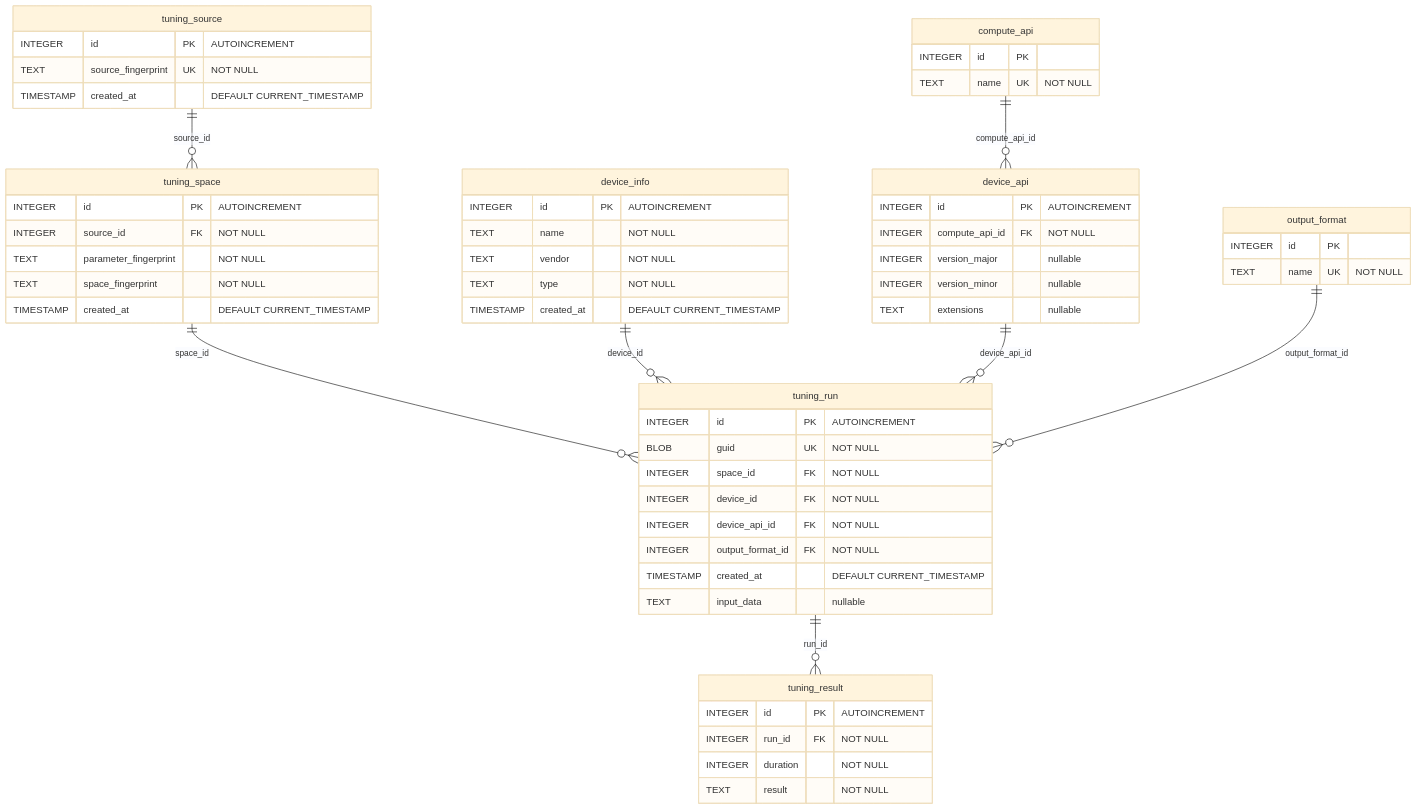
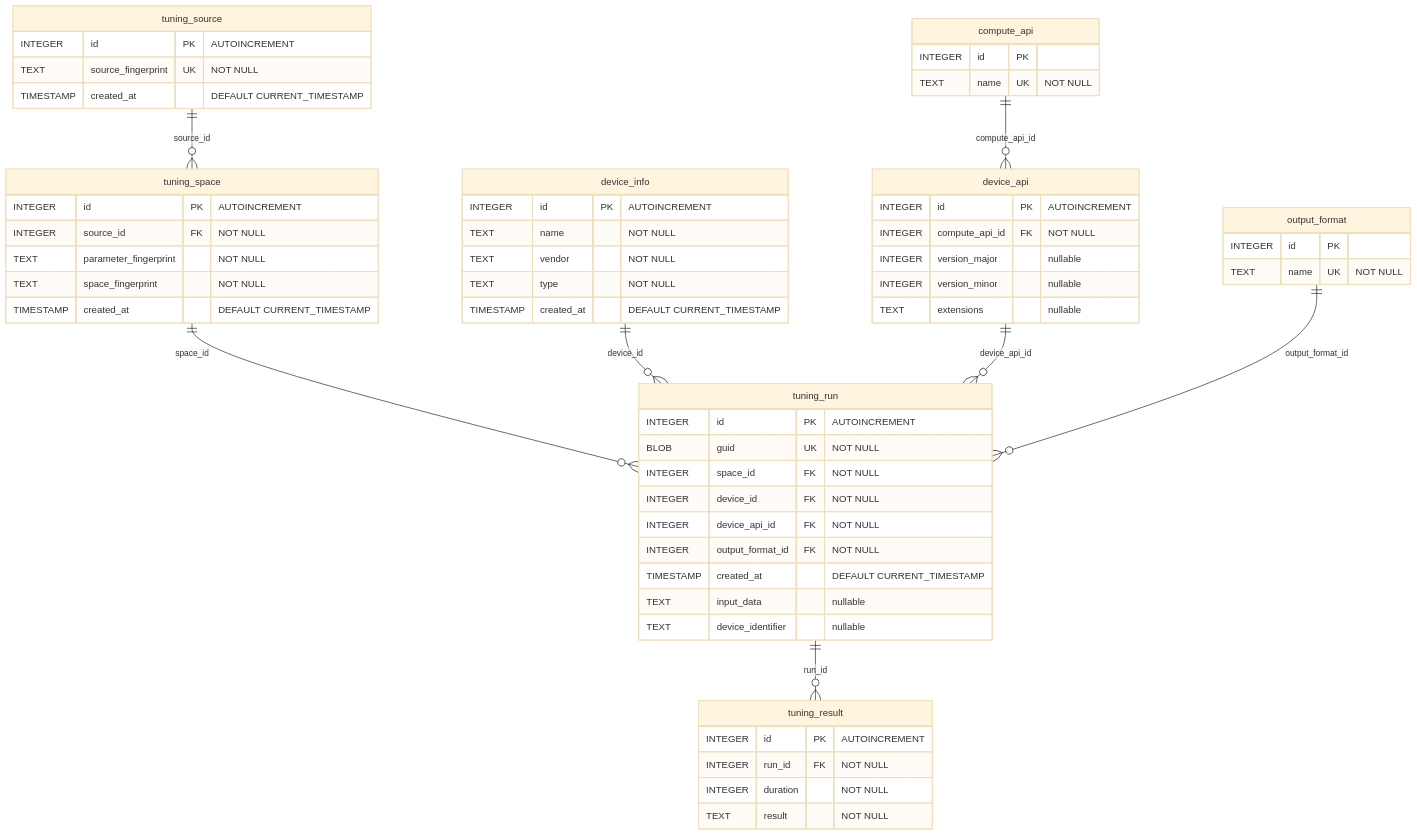
The diagram in Database/ERD.md (xbugar/ktt), drawn with Mermaid (base theme) before and after one commit. The commit also changed other lines of this file and 14 other files, not shown here.

Commit message:
feat(db): add unique device identifier

````diff
--- a/Database/ERD.md
+++ b/Database/ERD.md
@@ -6,68 +6,69 @@
 ```mermaid
 erDiagram
     compute_api {
         INTEGER id PK
         TEXT name UK "NOT NULL"
     }
 
     output_format {
         INTEGER id PK
         TEXT name UK "NOT NULL"
     }
 
     device_info {
         INTEGER id PK "AUTOINCREMENT"
         TEXT name "NOT NULL"
         TEXT vendor "NOT NULL"
         TEXT type "NOT NULL"
         TIMESTAMP created_at "DEFAULT CURRENT_TIMESTAMP"
     }
 
     device_api {
         INTEGER id PK "AUTOINCREMENT"
         INTEGER compute_api_id FK "NOT NULL"
         INTEGER version_major "nullable"
         INTEGER version_minor "nullable"
         TEXT extensions "nullable"
     }
 
     tuning_source {
         INTEGER id PK "AUTOINCREMENT"
         TEXT source_fingerprint UK "NOT NULL"
         TIMESTAMP created_at "DEFAULT CURRENT_TIMESTAMP"
     }
 
     tuning_space {
         INTEGER id PK "AUTOINCREMENT"
         INTEGER source_id FK "NOT NULL"
         TEXT parameter_fingerprint "NOT NULL"
         TEXT space_fingerprint "NOT NULL"
         TIMESTAMP created_at "DEFAULT CURRENT_TIMESTAMP"
     }
 
     tuning_run {
         INTEGER id PK "AUTOINCREMENT"
         BLOB guid UK "NOT NULL"
         INTEGER space_id FK "NOT NULL"
         INTEGER device_id FK "NOT NULL"
         INTEGER device_api_id FK "NOT NULL"
         INTEGER output_format_id FK "NOT NULL"
         TIMESTAMP created_at "DEFAULT CURRENT_TIMESTAMP"
         TEXT input_data "nullable"
+        TEXT device_identifier "nullable"
     }
 
     tuning_result {
         INTEGER id PK "AUTOINCREMENT"
         INTEGER run_id FK "NOT NULL"
         INTEGER duration "NOT NULL"
         TEXT result "NOT NULL"
     }
 
     compute_api   ||--o{ device_api    : "compute_api_id"
     tuning_source ||--o{ tuning_space  : "source_id"
     tuning_space  ||--o{ tuning_run    : "space_id"
     device_info   ||--o{ tuning_run    : "device_id"
     device_api    ||--o{ tuning_run    : "device_api_id"
     output_format ||--o{ tuning_run    : "output_format_id"
     tuning_run    ||--o{ tuning_result : "run_id"
 ```
````
